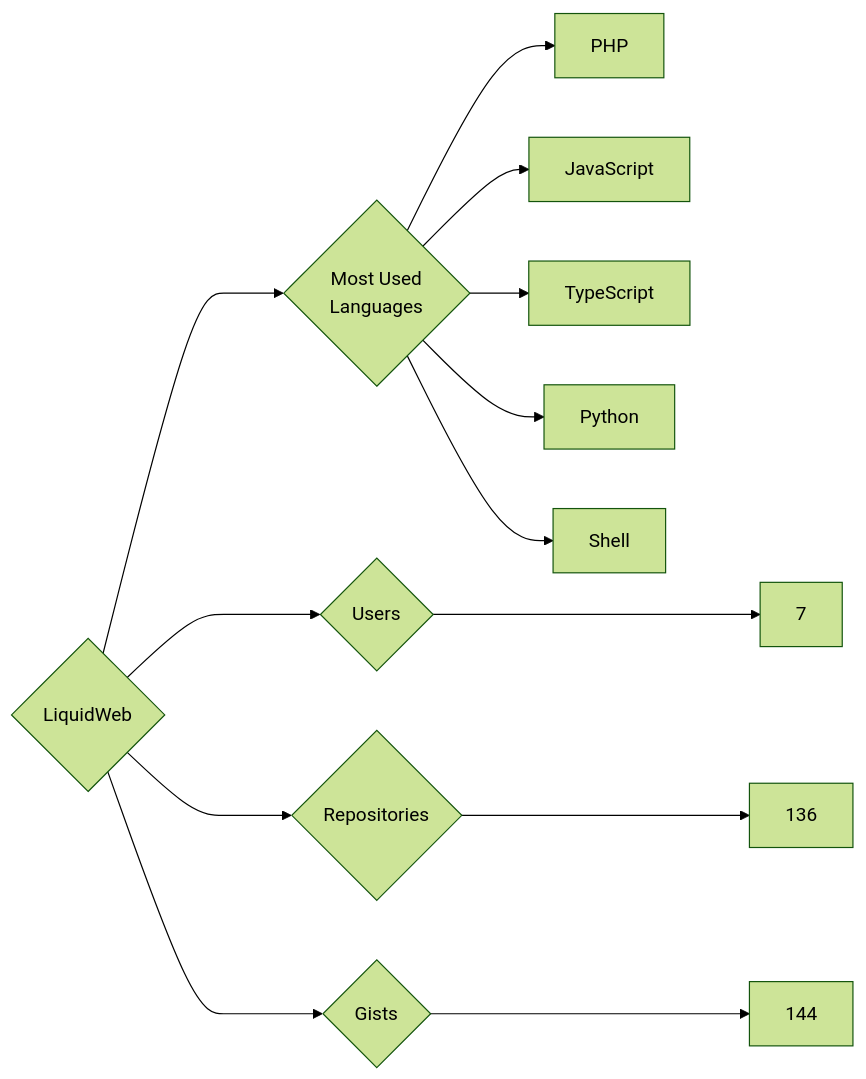
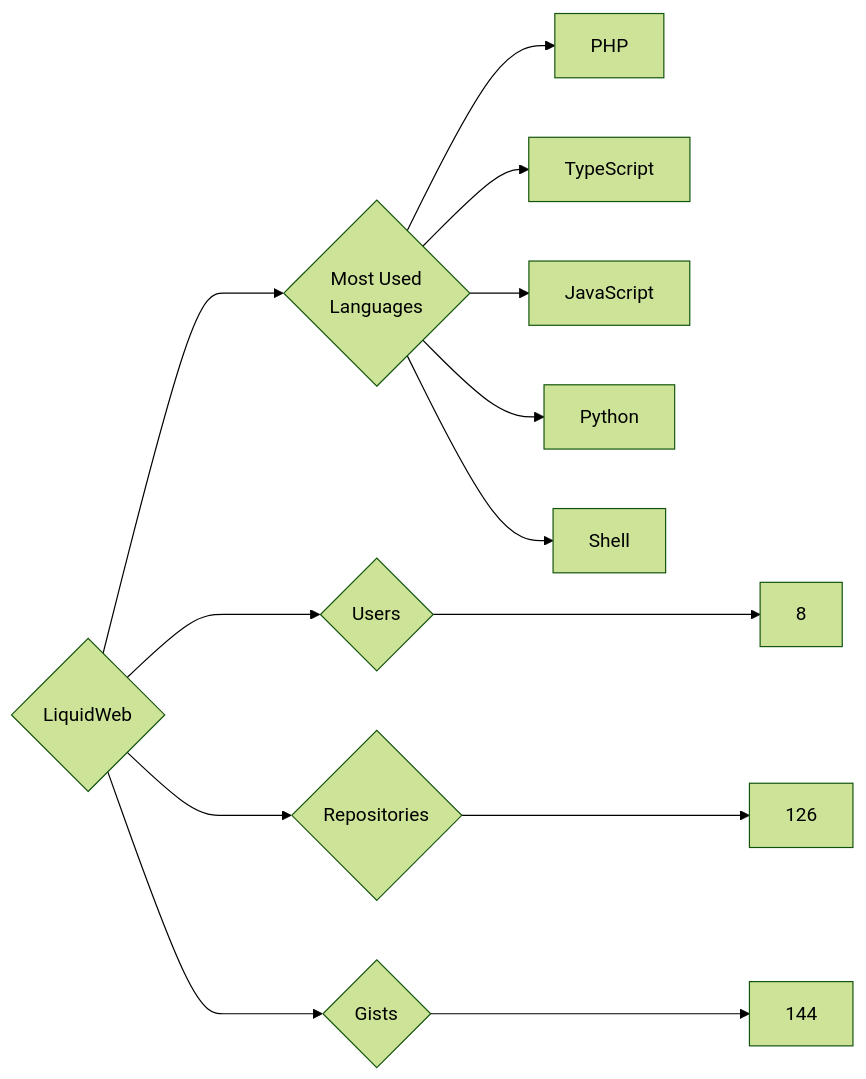
Before and after one commit to trickest/insiders: the diagram in targets/LiquidWeb/README.md, drawn with Mermaid (forest theme). The commit also changed 1479 other files, not shown here.

````diff
--- a/targets/LiquidWeb/README.md
+++ b/targets/LiquidWeb/README.md
@@ -3,13 +3,13 @@
 ```mermaid
 graph LR
 COMPANY_NAME{LiquidWeb}
-COMPANY_NAME ---> U{Users} ---> UN[7]
-COMPANY_NAME ---> R{Repositories} ---> RN[136]
+COMPANY_NAME ---> U{Users} ---> UN[8]
+COMPANY_NAME ---> R{Repositories} ---> RN[126]
 COMPANY_NAME ---> G{Gists} ---> GN[144]
 COMPANY_NAME ---> ML{Most Used<br>Languages}
 ML --> PHP[PHP]
+ML --> TypeScript[TypeScript]
 ML --> JavaScript[JavaScript]
-ML --> TypeScript[TypeScript]
 ML --> Python[Python]
 ML --> Shell[Shell]
 ```
````
